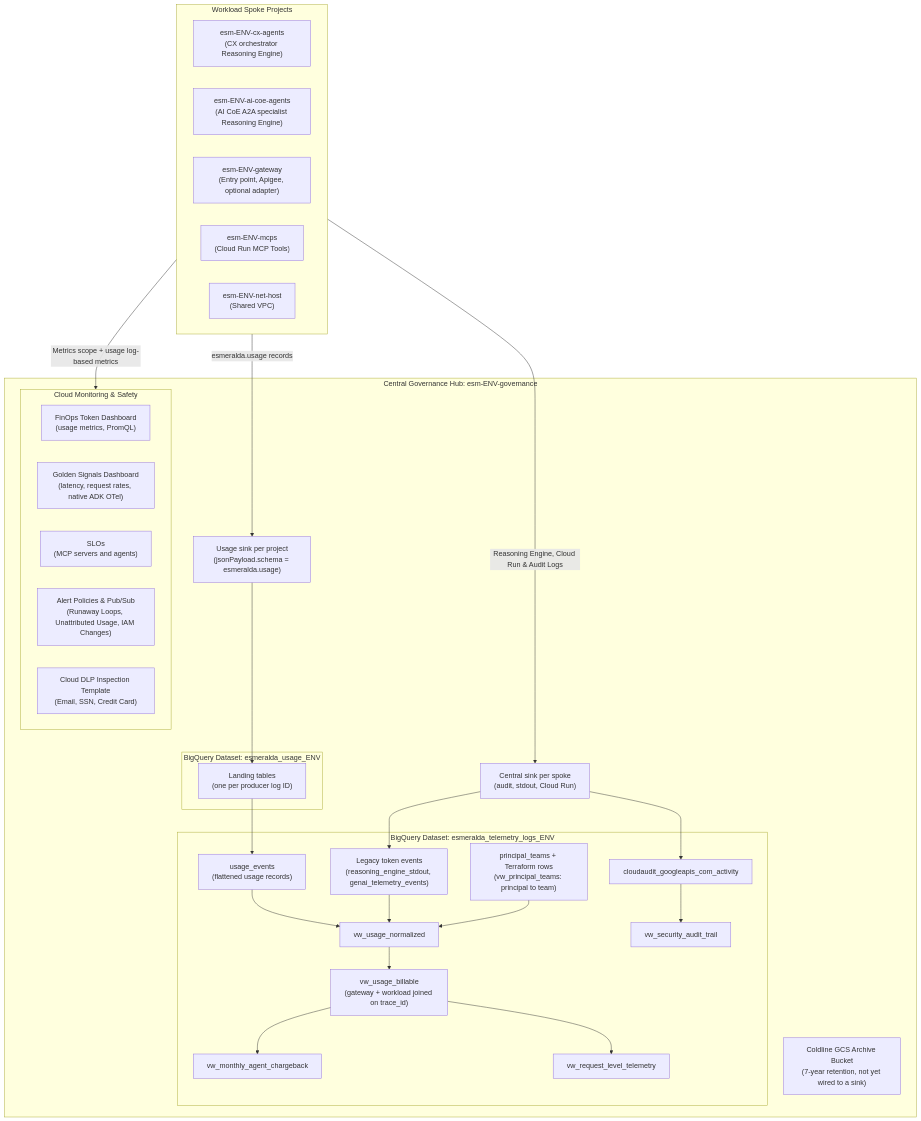
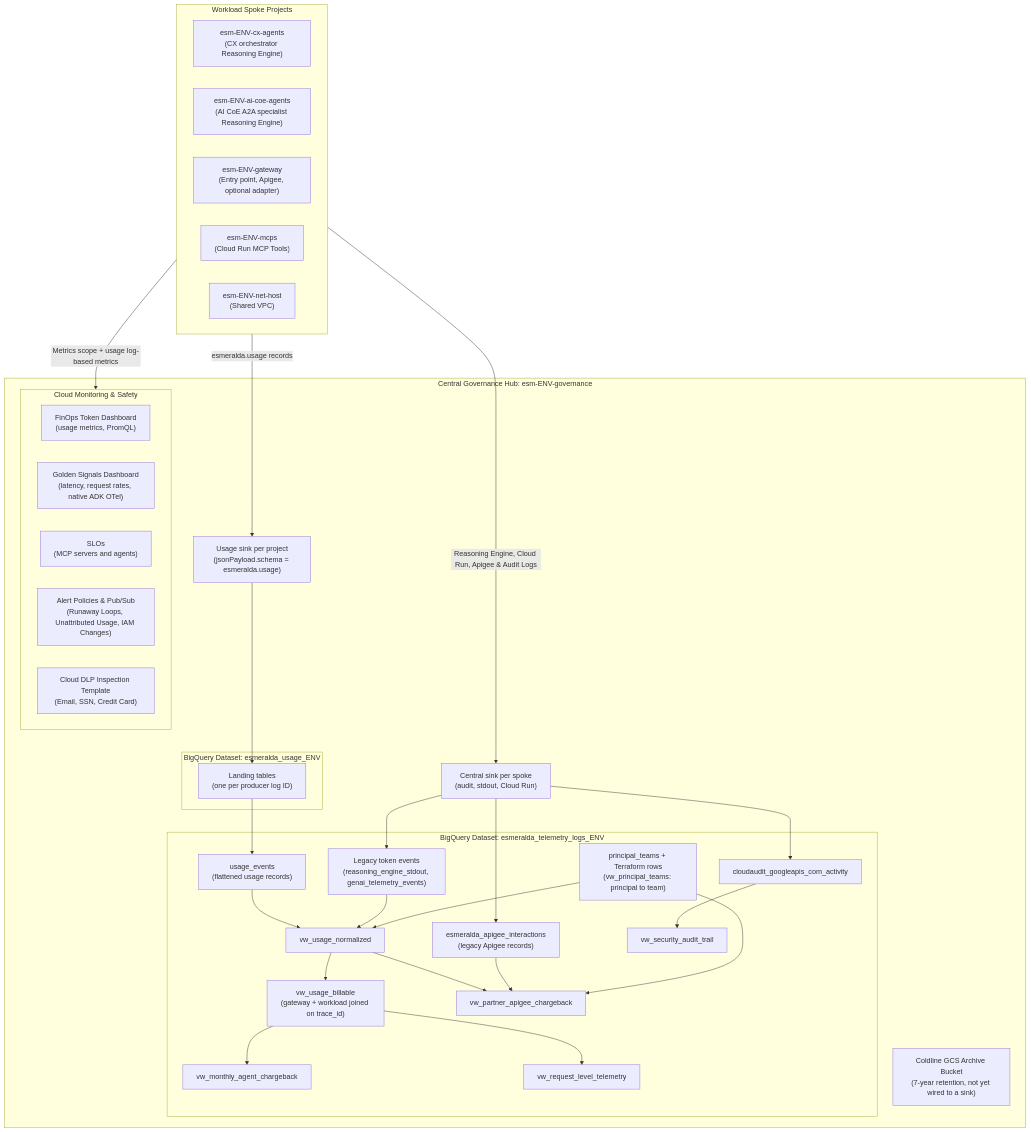
The first of 2 diagrams in docs/src/3-agentops-and-lifecycle/03-centralized-monitoring-and-dashboards.md (google/esmeralda), drawn with Mermaid before and after one commit. The commit also changed other lines of this file and 57 other files, not shown here.

First line of the commit message:
feat(apigee): cross-cloud identity and partner chargeback (#114)

````diff
--- a/docs/src/3-agentops-and-lifecycle/03-centralized-monitoring-and-dashboards.md
+++ b/docs/src/3-agentops-and-lifecycle/03-centralized-monitoring-and-dashboards.md
@@ -46,52 +46,55 @@
 ```mermaid
 flowchart TD
     subgraph Spokes["Workload Spoke Projects"]
         CX["esm-ENV-cx-agents<br/>(CX orchestrator Reasoning Engine)"]
         AICOE["esm-ENV-ai-coe-agents<br/>(AI CoE A2A specialist Reasoning Engine)"]
         GW["esm-ENV-gateway<br/>(Entry point, Apigee, optional adapter)"]
         MCP["esm-ENV-mcps<br/>(Cloud Run MCP Tools)"]
         NET["esm-ENV-net-host<br/>(Shared VPC)"]
     end
 
     subgraph Hub["Central Governance Hub: esm-ENV-governance"]
         SINK["Central sink per spoke<br/>(audit, stdout, Cloud Run)"]
         USINK["Usage sink per project<br/>(jsonPayload.schema = esmeralda.usage)"]
 
         subgraph UsageDS["BigQuery Dataset: esmeralda_usage_ENV"]
             LAND["Landing tables<br/>(one per producer log ID)"]
         end
 
         subgraph BigQuery["BigQuery Dataset: esmeralda_telemetry_logs_ENV"]
             UE["usage_events<br/>(flattened usage records)"]
             LEG["Legacy token events<br/>(reasoning_engine_stdout, genai_telemetry_events)"]
             PT["principal_teams + Terraform rows<br/>(vw_principal_teams: principal to team)"]
             NORM["vw_usage_normalized"]
             BILL["vw_usage_billable<br/>(gateway + workload joined on trace_id)"]
             VW1["vw_monthly_agent_chargeback"]
             VW2["vw_request_level_telemetry"]
+            APIGEE_TBL["esmeralda_apigee_interactions<br/>(legacy Apigee records)"]
+            VWP["vw_partner_apigee_chargeback"]
             AUDIT_TBL["cloudaudit_googleapis_com_activity"]
             VW3["vw_security_audit_trail"]
         end
 
         GCS["Coldline GCS Archive Bucket<br/>(7-year retention, not yet wired to a sink)"]
 
         subgraph Monitoring["Cloud Monitoring & Safety"]
             FIN["FinOps Token Dashboard<br/>(usage metrics, PromQL)"]
             GOLD["Golden Signals Dashboard<br/>(latency, request rates, native ADK OTel)"]
             SLO["SLOs<br/>(MCP servers and agents)"]
             ALERTS["Alert Policies & Pub/Sub<br/>(Runaway Loops, Unattributed Usage, IAM Changes)"]
             DLP["Cloud DLP Inspection Template<br/>(Email, SSN, Credit Card)"]
         end
     end
 
-    Spokes -->|Reasoning Engine, Cloud Run & Audit Logs| SINK
+    Spokes -->|Reasoning Engine, Cloud Run, Apigee & Audit Logs| SINK
     Spokes -->|esmeralda.usage records| USINK
-    SINK --> LEG & AUDIT_TBL
+    SINK --> LEG & AUDIT_TBL & APIGEE_TBL
     USINK --> LAND
     LAND --> UE
     UE & LEG & PT --> NORM
     NORM --> BILL
     BILL --> VW1 & VW2
+    NORM & APIGEE_TBL & PT --> VWP
     AUDIT_TBL --> VW3
     Spokes -->|Metrics scope + usage log-based metrics| Monitoring
 ```
````
